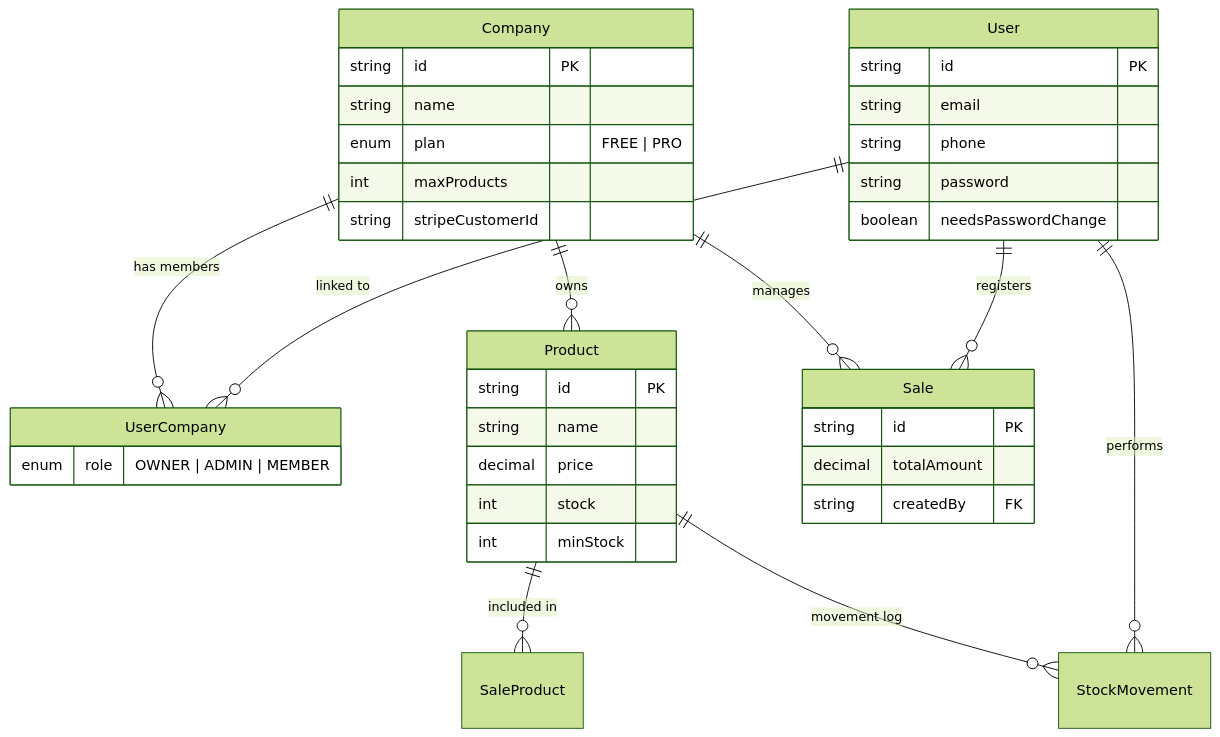
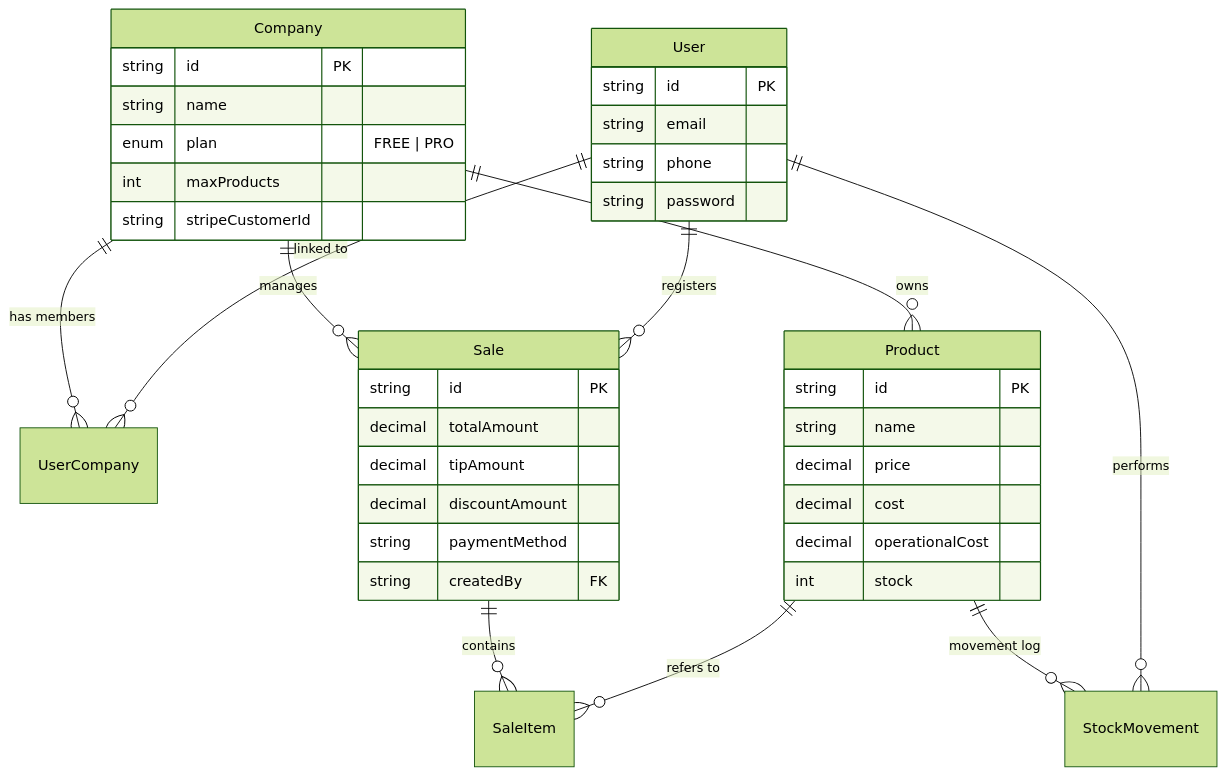
The diagram in README.md (tonelopes-dev/stock-manager), drawn with Mermaid (forest theme) before and after one commit. The commit also changed other lines of this file and 1 other file, not shown here.

````diff
--- a/README.md
+++ b/README.md
@@ -51,45 +58,45 @@
 ```mermaid
 erDiagram
     Company ||--o{ UserCompany : "has members"
     User ||--o{ UserCompany : "linked to"
     Company ||--o{ Product : "owns"
     Company ||--o{ Sale : "manages"
-    Product ||--o{ SaleProduct : "included in"
+    Sale ||--o{ SaleItem : "contains"
+    Product ||--o{ SaleItem : "refers to"
     Product ||--o{ StockMovement : "movement log"
     User ||--o{ Sale : "registers"
     User ||--o{ StockMovement : "performs"
 
     Company {
         string id PK
         string name
         enum plan "FREE | PRO"
         int maxProducts
         string stripeCustomerId
     }
 
     User {
         string id PK
         string email
         string phone
         string password
-        boolean needsPasswordChange
-    }
-
-    UserCompany {
-        enum role "OWNER | ADMIN | MEMBER"
     }
 
     Product {
         string id PK
         string name
         decimal price
+        decimal cost
+        decimal operationalCost
         int stock
-        int minStock
     }
 
     Sale {
         string id PK
         decimal totalAmount
+        decimal tipAmount
+        decimal discountAmount
+        string paymentMethod
         string createdBy FK
     }
 ```
````
